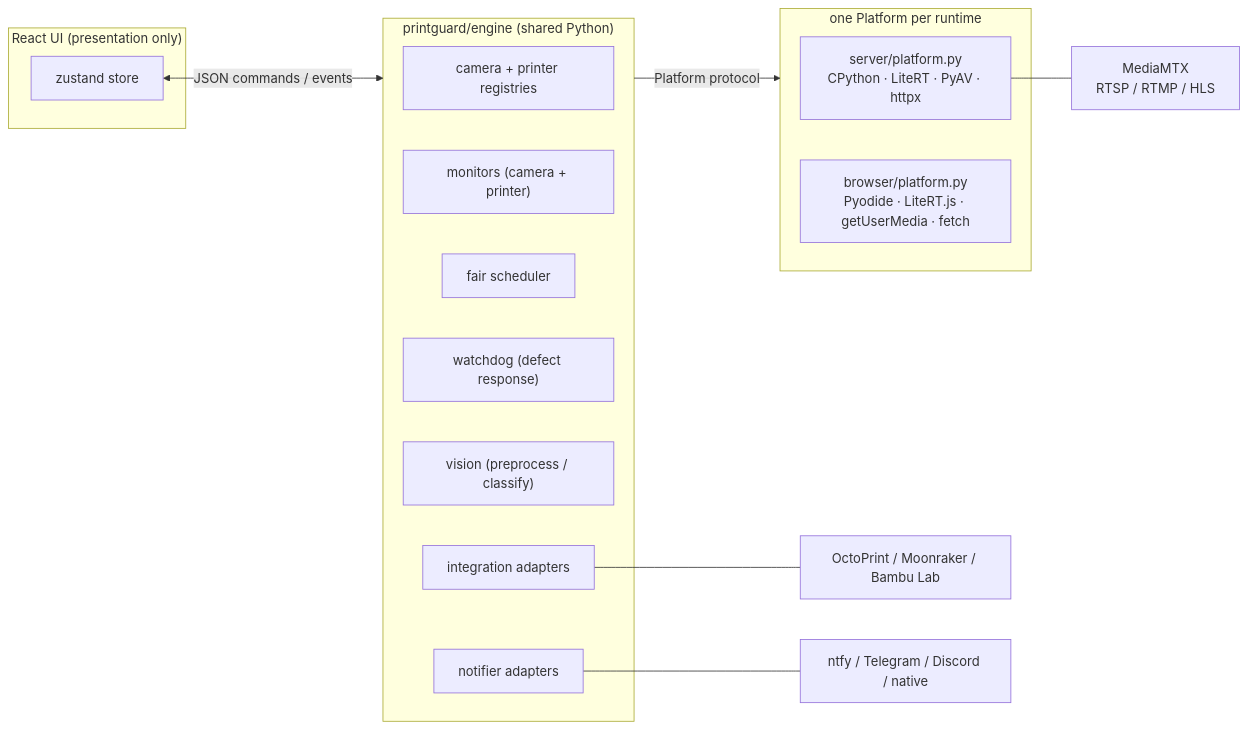
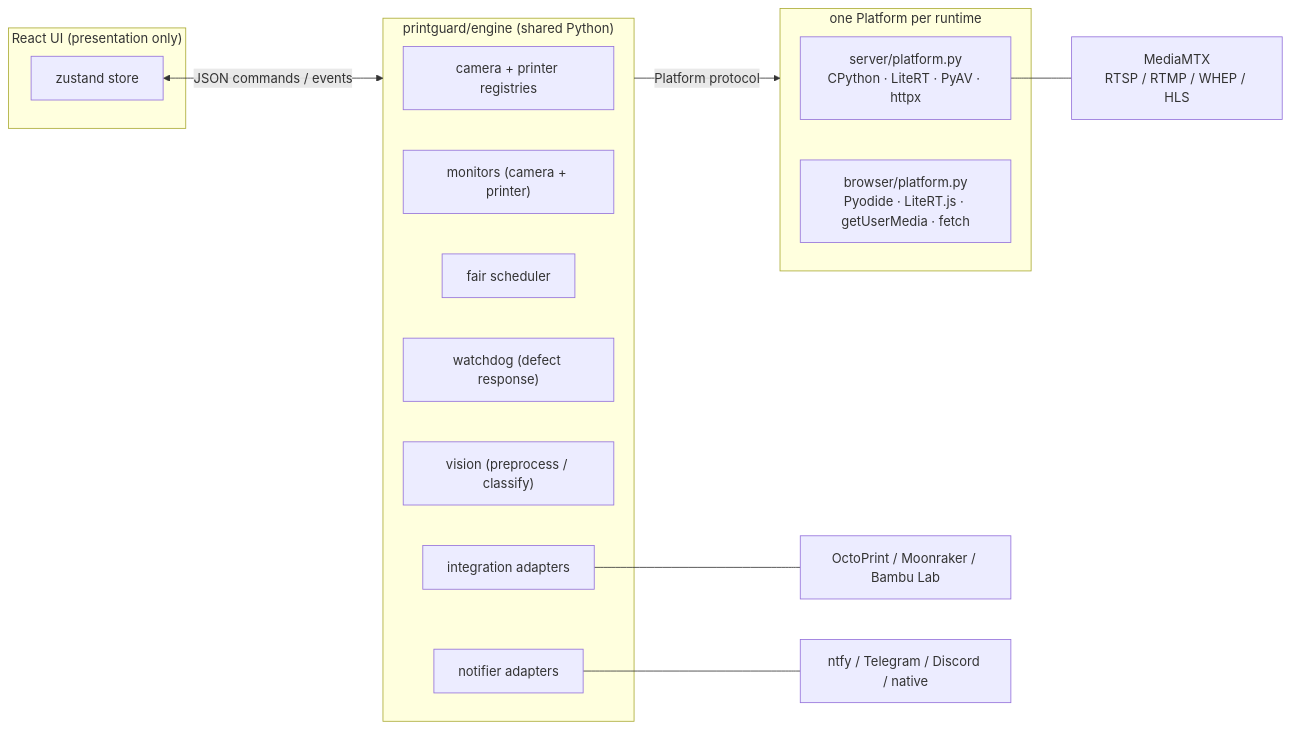
The first of 2 diagrams in docs/architecture.md (dwongdev/PrintGuard), drawn with Mermaid before and after one commit. The commit also changed other lines of this file and 12 other files, not shown here.

````diff
--- a/docs/architecture.md
+++ b/docs/architecture.md
@@ -8,29 +8,29 @@
 ```mermaid
 flowchart LR
     subgraph UI["React UI (presentation only)"]
         store["zustand store"]
     end
 
     store <-- "JSON commands / events" --> engine
 
     subgraph engine["printguard/engine (shared Python)"]
         registry["camera + printer registries"]
         monitors["monitors (camera + printer)"]
         scheduler["fair scheduler"]
         watchdog["watchdog (defect response)"]
         vision["vision (preprocess / classify)"]
         integrations["integration adapters"]
         notifiers["notifier adapters"]
     end
 
     engine -- "Platform protocol" --> platform
 
     subgraph platform["one Platform per runtime"]
         server["server/platform.py<br/>CPython · LiteRT · PyAV · httpx"]
         browser["browser/platform.py<br/>Pyodide · LiteRT.js · getUserMedia · fetch"]
     end
 
-    server --- mediamtx["MediaMTX<br/>RTSP / RTMP / HLS"]
+    server --- mediamtx["MediaMTX<br/>RTSP / RTMP / WHEP / HLS"]
     integrations --- printersvc["OctoPrint / Moonraker / Bambu Lab"]
     notifiers --- push["ntfy / Telegram / Discord / native"]
 ```
````
